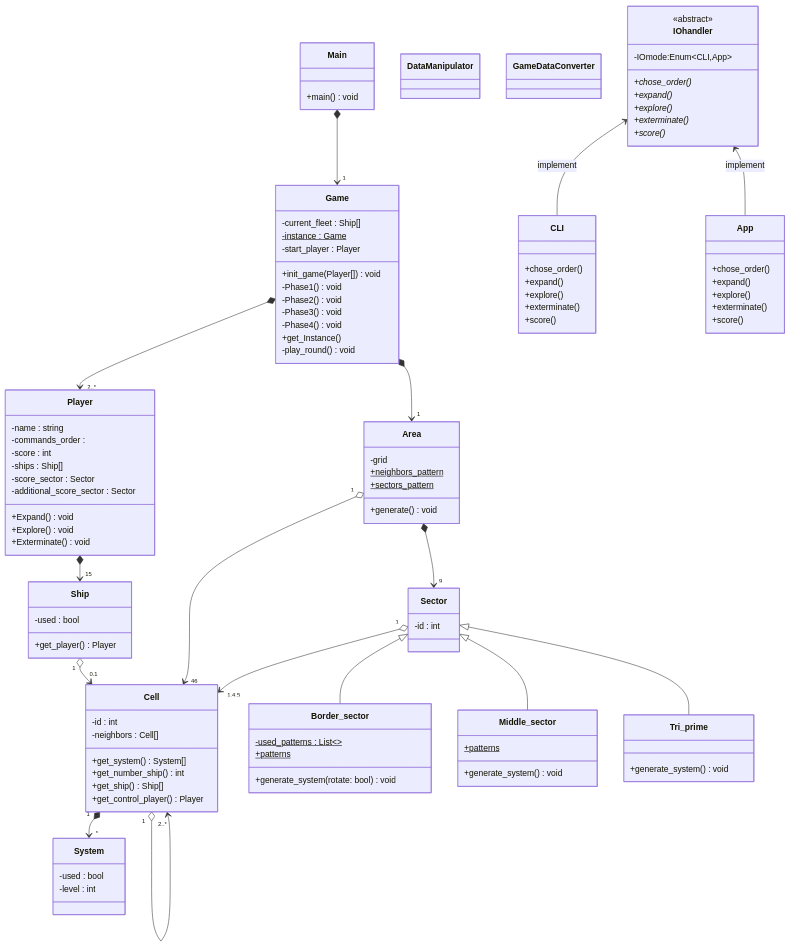
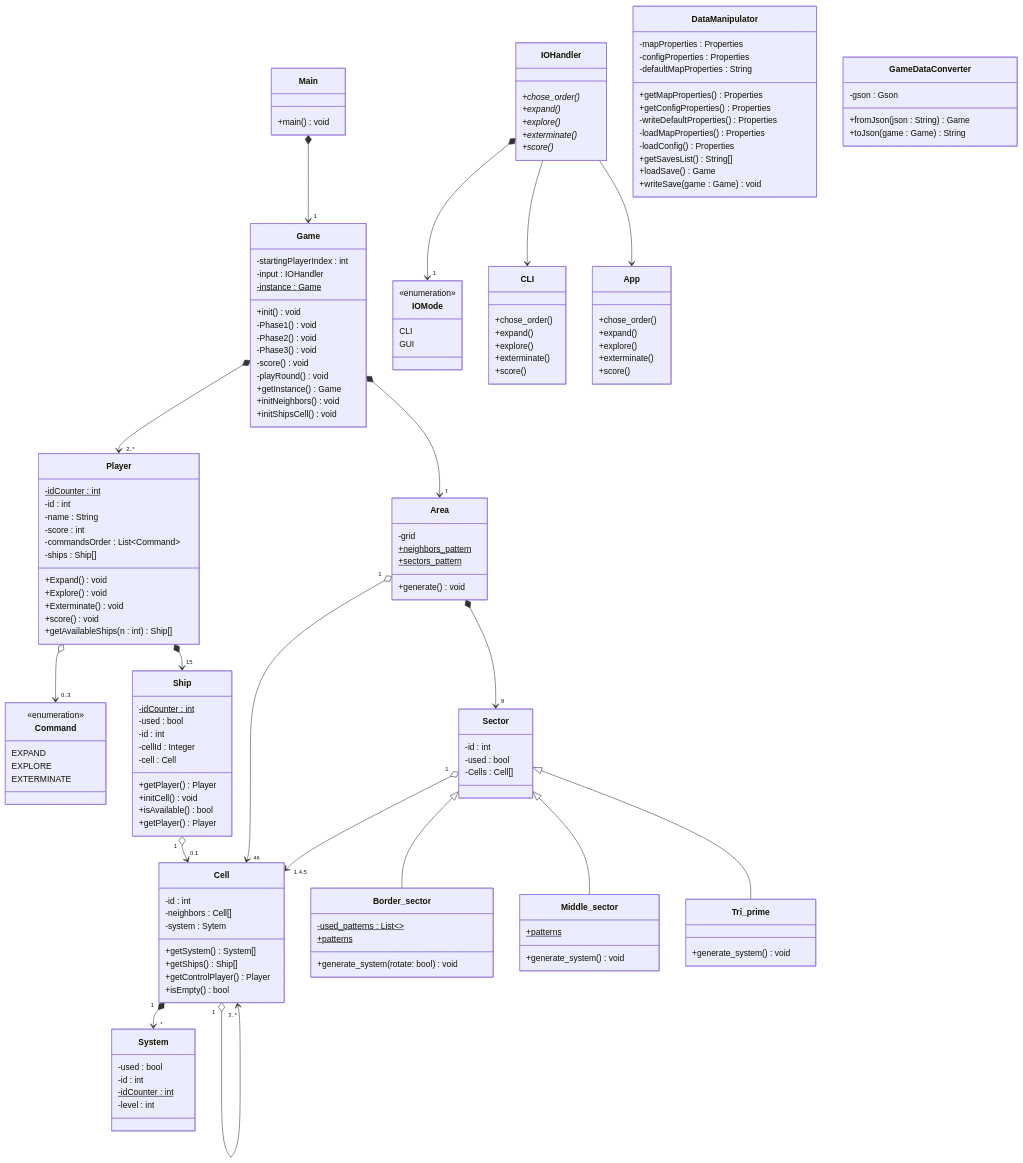
The diagram in UML/class.mermaid (LeoCholvy/PocketImperium), drawn with Mermaid before and after one commit. The commit also changed 12 other files, not shown here.

Commit message:
Big maj sur l'UML

```diff
--- a/UML/class.mermaid
+++ b/UML/class.mermaid
@@ -1,113 +1,154 @@
 classDiagram
     class Main {
         +main() void
     }
-    class DataManipulator {
-    }
-    class GameDataConverter {
-
-    }
 
     class Game {
-        +init_game(Player[]) void
-        -current_fleet : Ship[]
+        -startingPlayerIndex : int
+        -input : IOHandler
+        -instance : Game$
+        +init() void
         -Phase1() void
         -Phase2() void
         -Phase3() void
-        -Phase4() void
-        %% phase 4 pour la phase de score
-        +get_Instance()
-        -instance : Game$
-        -play_round() void
-        -start_player : Player
+        -score() void
+        -playRound() void
+        +getInstance() Game
+        +initNeighbors() void
+        +initShipsCell() void
     }
     class Player {
-        -name : string
-        -commands_order :
+        -idCounter : int$
+        -id : int
+        -name : String
         -score : int
-        %% je sais pas quoi mettre en type
+        -commandsOrder : List~Command~
         -ships : Ship[]
-        -score_sector : Sector
-        -additional_score_sector : Sector
         +Expand() void
         +Explore() void
         +Exterminate() void
+        +score() void
+        +getAvailableShips(n : int) Ship[]
     }
+    class Command{
+        <<enumeration>>
+        EXPAND
+        EXPLORE
+        EXTERMINATE
+    }
+    Player o--> "0..3" Command
     class Area {
         -grid
         +neighbors_pattern$
         +sectors_pattern$
         +generate() void
     }
     class Sector {
         -id : int
+        -used : bool
+        -Cells : Cell[]
     }
     class Border_sector {
         -used_patterns : List~~$
         +patterns$
         +generate_system(rotate: bool) void
     }
     class Middle_sector {
         +patterns$
         +generate_system() void
         %% se rotate aléatoirement
     }
     class Tri_prime {
         +generate_system() void
     }
     class System {
         -used : bool
+        -id : int
+        -idCounter : int$
         -level : int
     }
     class Ship {
+        -idCounter : int$
         -used : bool
-        +get_player() Player
+        -id : int
+        -cellId : Integer
+        -cell : Cell
+        +getPlayer() Player
+        +initCell() void
+        +isAvailable() bool
+        +getPlayer() Player
     }
     class Cell {
         -id : int
         -neighbors : Cell[]
-        +get_system() System[]
-        +get_number_ship() int
-        +get_ship() Ship[]
-        +get_control_player() Player
+        -system : Sytem
+        +getSystem() System[]
+        +getShips() Ship[]
+        +getControlPlayer() Player
+        +isEmpty() bool
     }
 
     Game *--> "2..*" Player
     Game *--> "1" Area
     Main *--> "1" Game
     Area "1" o--> "46" Cell
     Sector "1" o--> "1,4,5" Cell
     Sector <|-- Border_sector
     Sector <|-- Middle_sector
     Sector <|-- Tri_prime
     Cell "1" *--> "*" System
     Player *--> "15" Ship
     Area *--> "9" Sector
     Ship "1" o--> "0,1" Cell
     Cell "1" o--> "2..*" Cell
 
-    class IOhandler {
-        <<abstract>>
-        -IOmode:Enum~CLI,App~
+    class IOHandler {
         +chose_order()*
         +expand()*
         +explore()*
         +exterminate()*
         +score()*
     }
+    class IOMode {
+        <<enumeration>>
+        CLI
+        GUI
+    }
+    IOHandler *--> "1" IOMode
     class CLI {
         +chose_order()
         +expand()
         +explore()
         +exterminate()
         +score()
     }
     class App {
         +chose_order()
         +expand()
         +explore()
         +exterminate()
         +score()
     }
-    IOhandler <-- CLI : implement
-    IOhandler <-- App : implement
+    IOHandler --> CLI
+    IOHandler --> App
+
+
+
+    class DataManipulator {
+        -mapProperties : Properties
+        -configProperties : Properties
+        +getMapProperties() Properties
+        +getConfigProperties() Properties
+        -defaultMapProperties : String
+        -writeDefaultProperties() Properties
+        -loadMapProperties() Properties
+        -loadConfig() Properties
+        +getSavesList() String[]
+        +loadSave() Game
+        +writeSave(game : Game) void
+    }
+    class GameDataConverter {
+        +fromJson(json : String) Game
+        +toJson(game : Game) String
+        -gson : Gson
+    }
```
